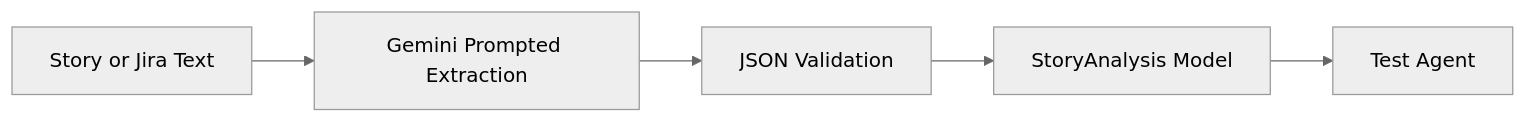
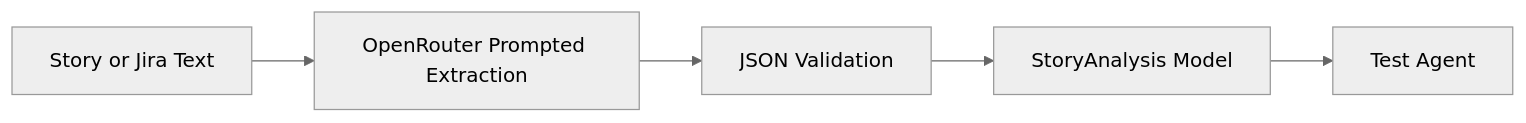
The diagram in docs/story_agent.md (ishan1603/IronTest), drawn with Mermaid (neutral theme) before and after one commit. The commit also changed other lines of this file and 7 other files, not shown here.

````diff
--- a/docs/story_agent.md
+++ b/docs/story_agent.md
@@ -39,7 +39,7 @@
 ```mermaid
 graph LR
-    A[Story or Jira Text] --> B[Gemini Prompted Extraction]
+    A[Story or Jira Text] --> B[OpenRouter Prompted Extraction]
     B --> C[JSON Validation]
     C --> D[StoryAnalysis Model]
     D --> E[Test Agent]
 ```
````
